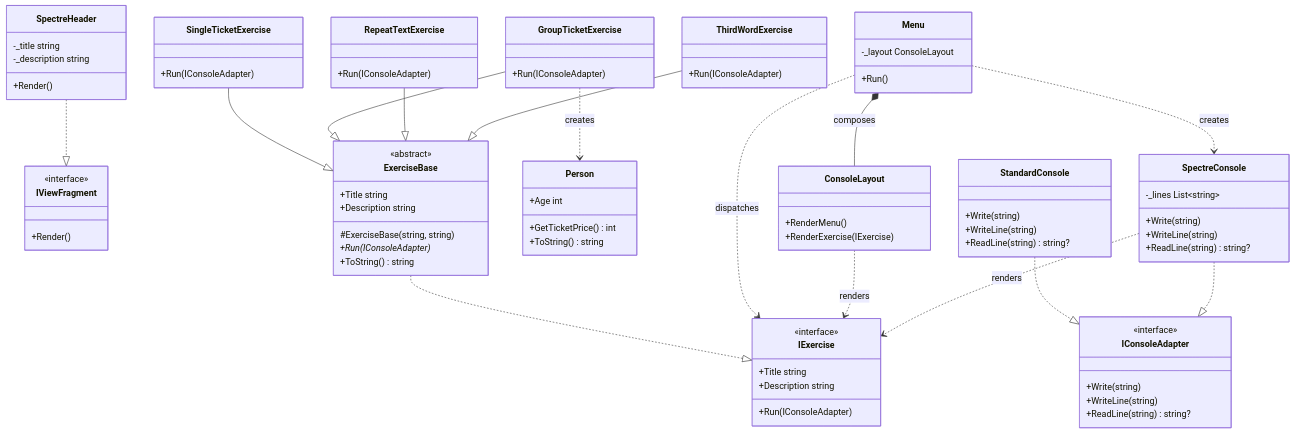
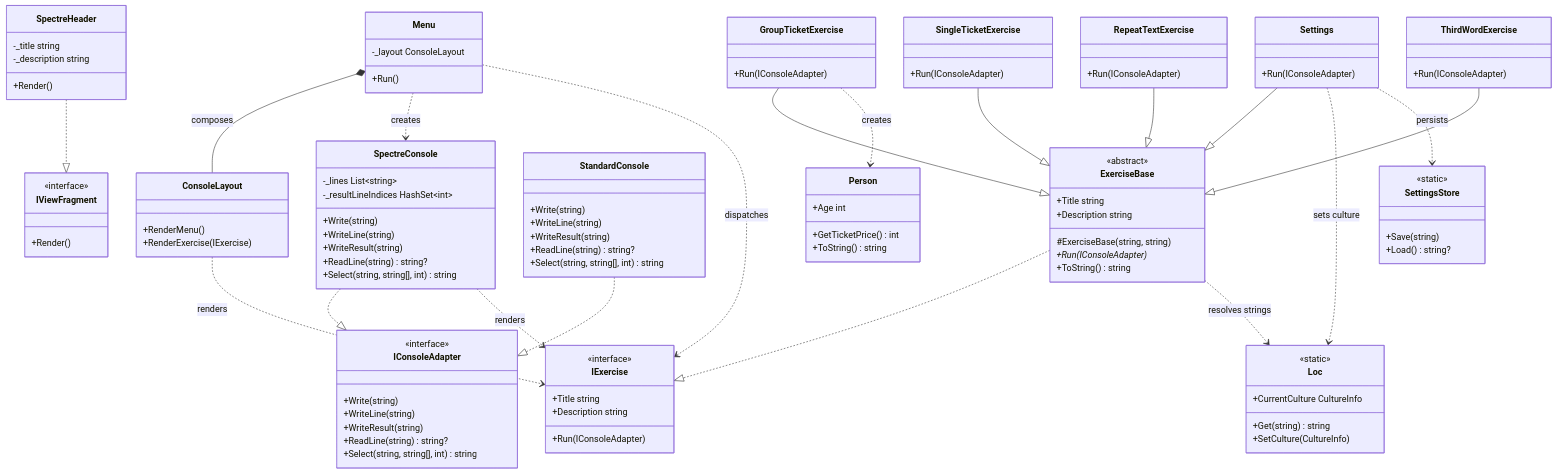
Before and after one commit to laszloprekop/Ovn2_FlowControl: the diagram in README.md, drawn with Mermaid. The commit also changed other lines of this file, not shown here.

Commit message:
docs: update README to include multi-language support, new exercises, and localization details

````diff
--- a/README.md
+++ b/README.md
@@ -29,7 +30,9 @@
         <<interface>>
         +Write(string)
         +WriteLine(string)
+        +WriteResult(string)
         +ReadLine(string) string?
+        +Select(string, string[], int) string
     }
     class IViewFragment {
         <<interface>>
@@ -56,6 +59,9 @@
     class ThirdWordExercise {
         +Run(IConsoleAdapter)
     }
+    class Settings {
+        +Run(IConsoleAdapter)
+    }
     class Person {
         +Age int
         +GetTicketPrice() int
@@ -65,13 +71,18 @@
     class StandardConsole {
         +Write(string)
         +WriteLine(string)
+        +WriteResult(string)
         +ReadLine(string) string?
+        +Select(string, string[], int) string
     }
     class SpectreConsole {
         -_lines List~string~
+        -_resultLineIndices HashSet~int~
         +Write(string)
         +WriteLine(string)
+        +WriteResult(string)
         +ReadLine(string) string?
+        +Select(string, string[], int) string
     }
     class SpectreHeader {
         -_title string
@@ -88,11 +99,24 @@
         +Run()
     }
 
+    class Loc {
+        <<static>>
+        +Get(string) string
+        +SetCulture(CultureInfo)
+        +CurrentCulture CultureInfo
+    }
+    class SettingsStore {
+        <<static>>
+        +Save(string)
+        +Load() string?
+    }
+
     ExerciseBase ..|> IExercise
     SingleTicketExercise --|> ExerciseBase
     GroupTicketExercise --|> ExerciseBase
     RepeatTextExercise --|> ExerciseBase
     ThirdWordExercise --|> ExerciseBase
+    Settings --|> ExerciseBase
     StandardConsole ..|> IConsoleAdapter
     SpectreConsole ..|> IConsoleAdapter
     SpectreHeader ..|> IViewFragment
@@ -103,4 +127,7 @@
     ConsoleLayout ..> IExercise : renders
     SpectreConsole ..> IExercise : renders
     GroupTicketExercise ..> Person : creates
+    Settings ..> Loc : sets culture
+    Settings ..> SettingsStore : persists
+    ExerciseBase ..> Loc : resolves strings
 ```
````
